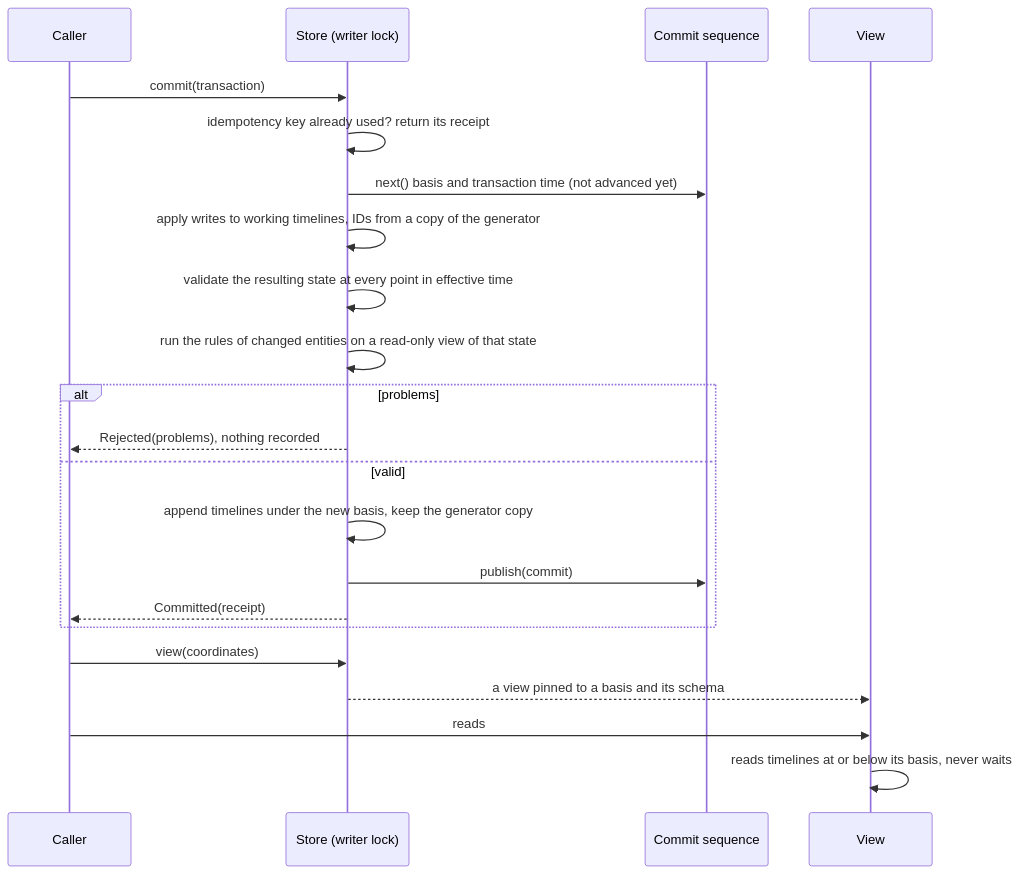
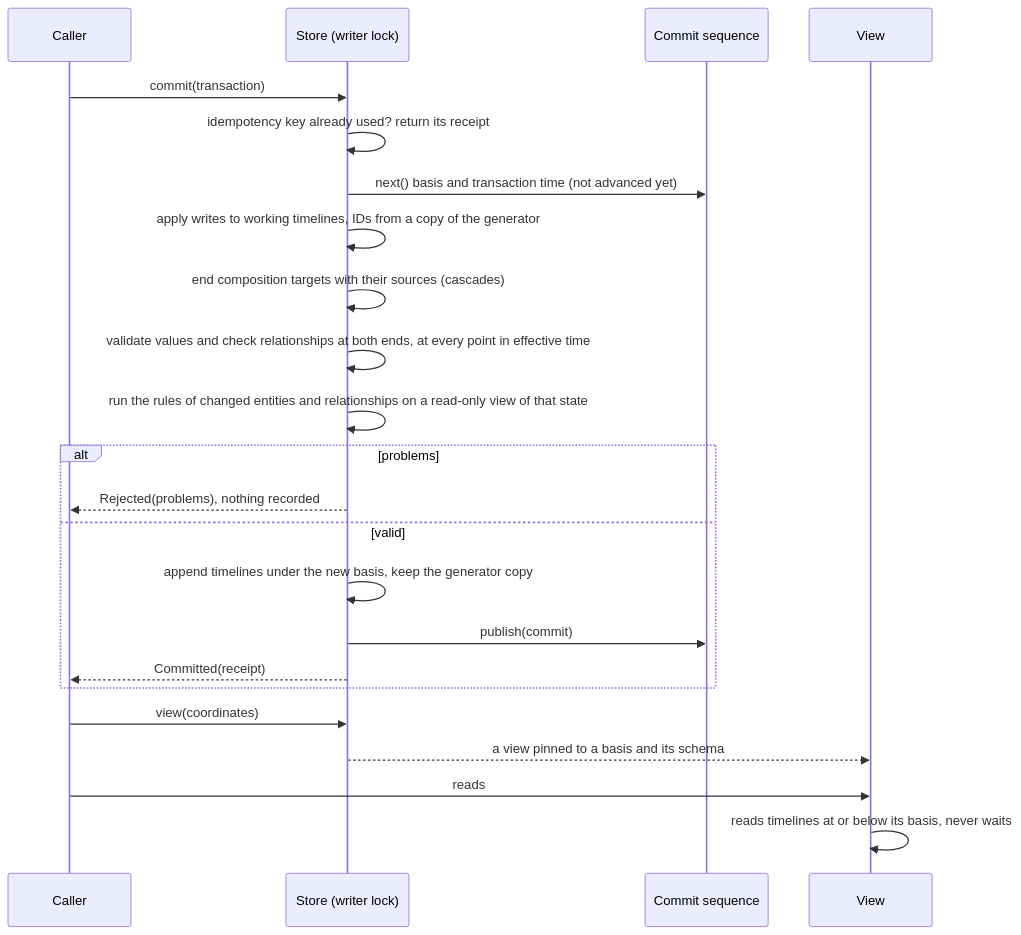
The third of 3 diagrams in docs/architecture/README.md (enricoag1982/Cairn), drawn with Mermaid before and after one commit. The commit also changed other lines of this file and 10 other files, not shown here.

````diff
--- a/docs/architecture/README.md
+++ b/docs/architecture/README.md
@@ -87,24 +87,25 @@
 ```mermaid
 sequenceDiagram
     participant C as Caller
     participant S as Store (writer lock)
     participant Q as Commit sequence
     participant V as View
     C->>S: commit(transaction)
     S->>S: idempotency key already used? return its receipt
     S->>Q: next() basis and transaction time (not advanced yet)
     S->>S: apply writes to working timelines, IDs from a copy of the generator
-    S->>S: validate the resulting state at every point in effective time
-    S->>S: run the rules of changed entities on a read-only view of that state
+    S->>S: end composition targets with their sources (cascades)
+    S->>S: validate values and check relationships at both ends, at every point in effective time
+    S->>S: run the rules of changed entities and relationships on a read-only view of that state
     alt problems
         S-->>C: Rejected(problems), nothing recorded
     else valid
         S->>S: append timelines under the new basis, keep the generator copy
         S->>Q: publish(commit)
         S-->>C: Committed(receipt)
     end
     C->>S: view(coordinates)
     S-->>V: a view pinned to a basis and its schema
     C->>V: reads
     V->>V: reads timelines at or below its basis, never waits
 ```
````
